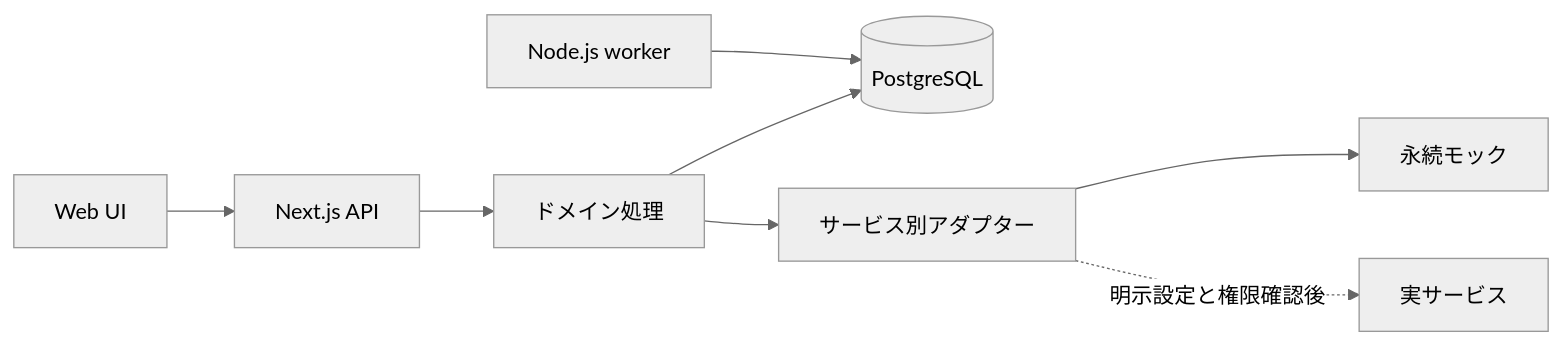
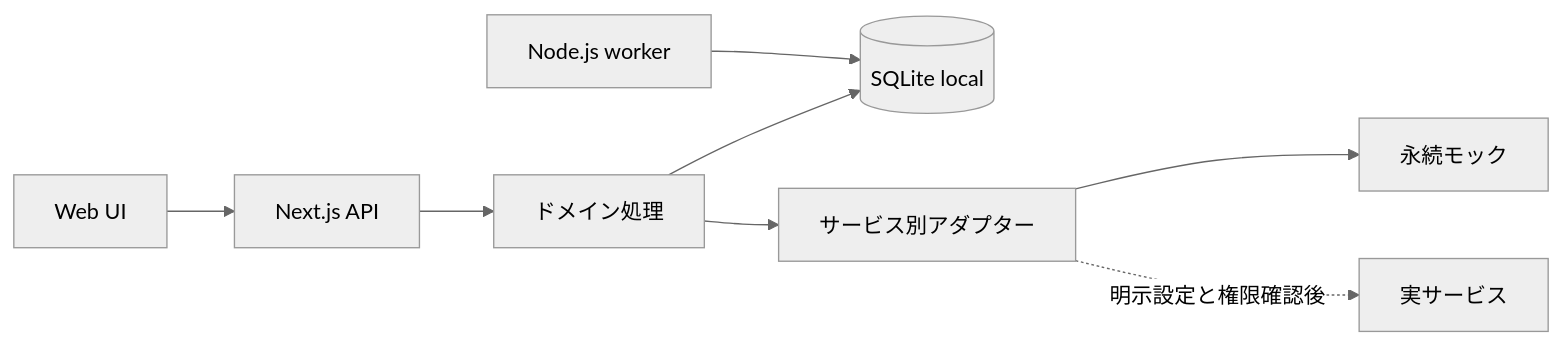
One commit to ChihiroNishioka/task-planner-ai changed the diagram in ARCHITECTURE.md. Above: the diagram before and after it, drawn with Mermaid (neutral theme). The commit also changed other lines of this file and 22 other files, not shown here.

````diff
--- a/ARCHITECTURE.md
+++ b/ARCHITECTURE.md
@@ -7,10 +7,10 @@
 ```mermaid
 flowchart LR
   UI[Web UI] --> API[Next.js API]
   API --> DOMAIN[ドメイン処理]
-  DOMAIN --> DB[(PostgreSQL)]
+  DOMAIN --> DB[(SQLite local)]
   WORKER[Node.js worker] --> DB
   DOMAIN --> ADAPTER[サービス別アダプター]
   ADAPTER --> MOCK[永続モック]
   ADAPTER -. 明示設定と権限確認後 .-> REAL[実サービス]
 ```
````
